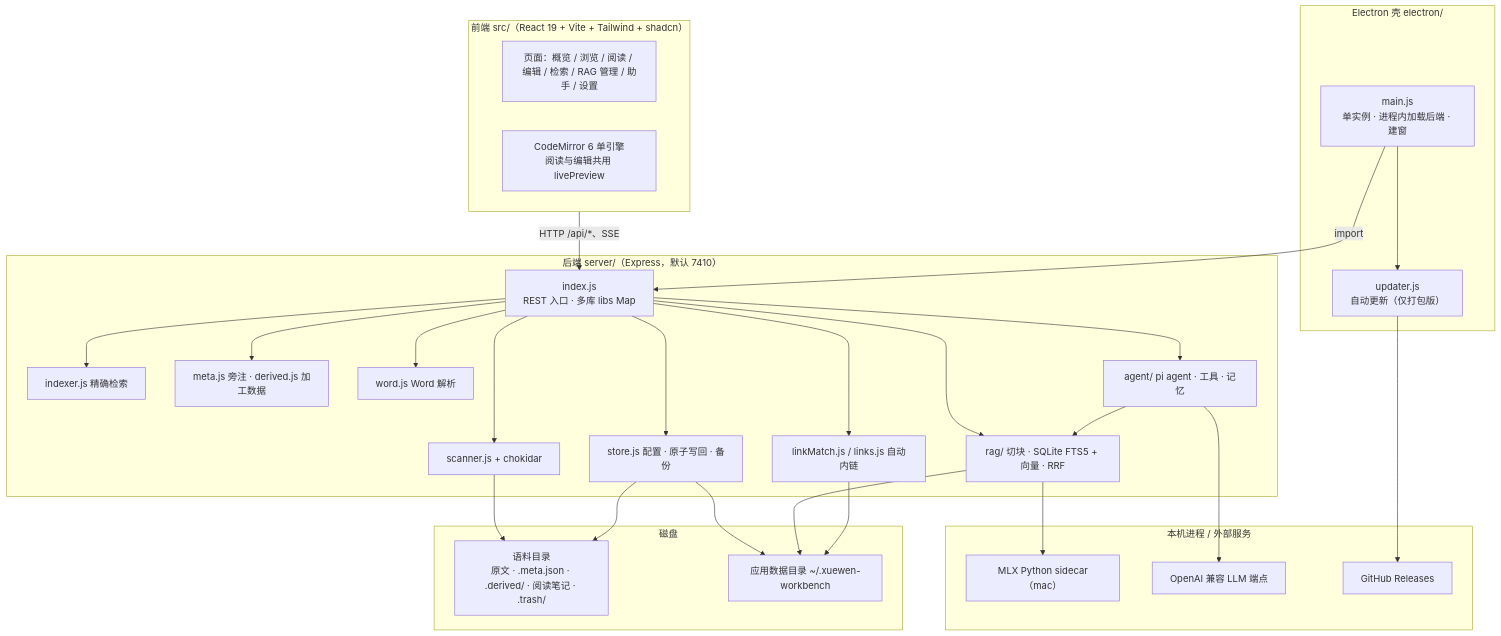
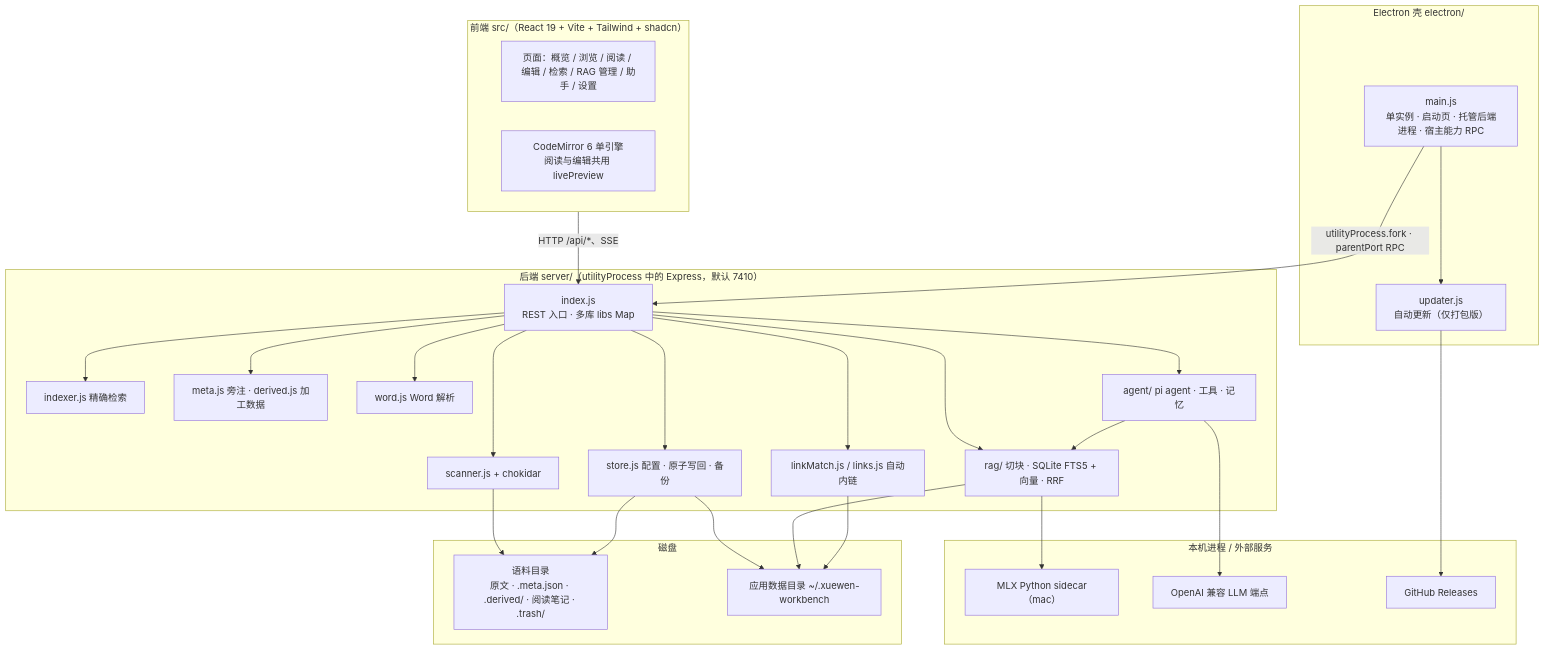
Before and after one commit to misakaikato/xuewen-workbench: the diagram in docs/ARCHITECTURE.md, drawn with Mermaid. The commit also changed other lines of this file, not shown here.

Commit message:
📝 docs(architecture): 对齐后端独立进程、诊断日志、下载重写与 ONNX worker

````diff
--- a/docs/ARCHITECTURE.md
+++ b/docs/ARCHITECTURE.md
@@ -45,48 +46,48 @@
 ```mermaid
 flowchart TB
   subgraph Electron["Electron 壳 electron/"]
-    Main["main.js<br/>单实例 · 进程内加载后端 · 建窗"]
+    Main["main.js<br/>单实例 · 启动页 · 托管后端进程 · 宿主能力 RPC"]
     Upd["updater.js<br/>自动更新（仅打包版）"]
   end
 
   subgraph FE["前端 src/（React 19 + Vite + Tailwind + shadcn）"]
     Pages["页面：概览 / 浏览 / 阅读 / 编辑 / 检索 / RAG 管理 / 助手 / 设置"]
     CM["CodeMirror 6 单引擎<br/>阅读与编辑共用 livePreview"]
   end
 
-  subgraph BE["后端 server/（Express，默认 7410）"]
+  subgraph BE["后端 server/（utilityProcess 中的 Express，默认 7410）"]
     API["index.js<br/>REST 入口 · 多库 libs Map"]
     Scan["scanner.js + chokidar"]
     Idx["indexer.js 精确检索"]
     Links["linkMatch.js / links.js 自动内链"]
     Meta["meta.js 旁注 · derived.js 加工数据"]
     Store["store.js 配置 · 原子写回 · 备份"]
     Word["word.js Word 解析"]
     RAG["rag/ 切块 · SQLite FTS5 + 向量 · RRF"]
     Agent["agent/ pi agent · 工具 · 记忆"]
   end
 
   subgraph Ext["本机进程 / 外部服务"]
     MLX["MLX Python sidecar（mac）"]
     LLM["OpenAI 兼容 LLM 端点"]
     GH["GitHub Releases"]
   end
 
   subgraph Disk["磁盘"]
     Corpus["语料目录<br/>原文 · .meta.json · .derived/ · 阅读笔记 · .trash/"]
     Data["应用数据目录 ~/.xuewen-workbench"]
   end
 
-  Main -->|import| API
+  Main -->|utilityProcess.fork · parentPort RPC| API
   Main --> Upd --> GH
   FE -->|HTTP /api/*、SSE| API
   API --> Scan & Idx & Links & Meta & Store & Word & RAG & Agent
   Scan --> Corpus
   Store --> Corpus
   Store --> Data
   RAG --> Data
   RAG --> MLX
   Agent --> LLM
   Agent --> RAG
   Links --> Data
 ```
````
